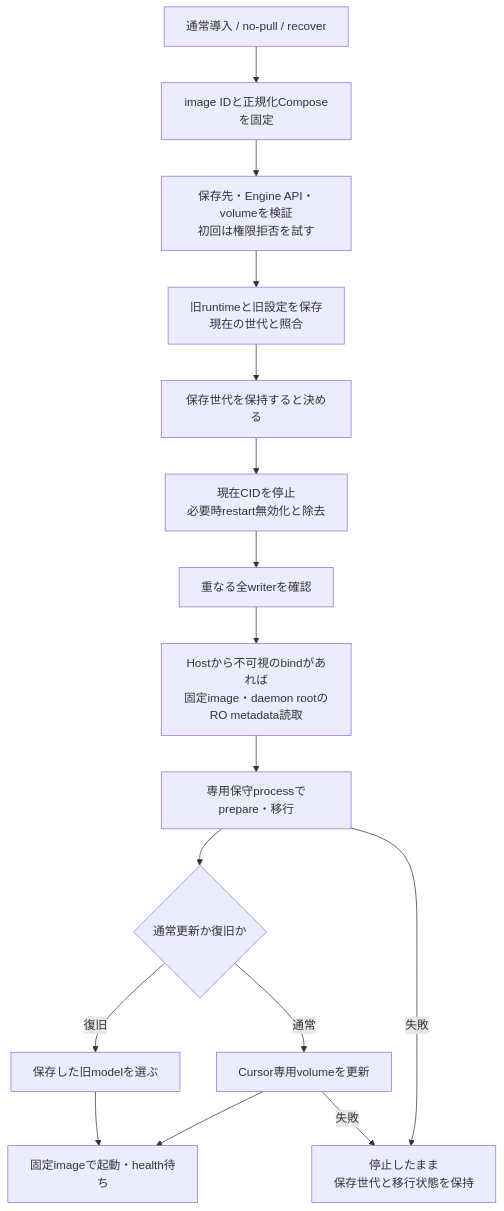
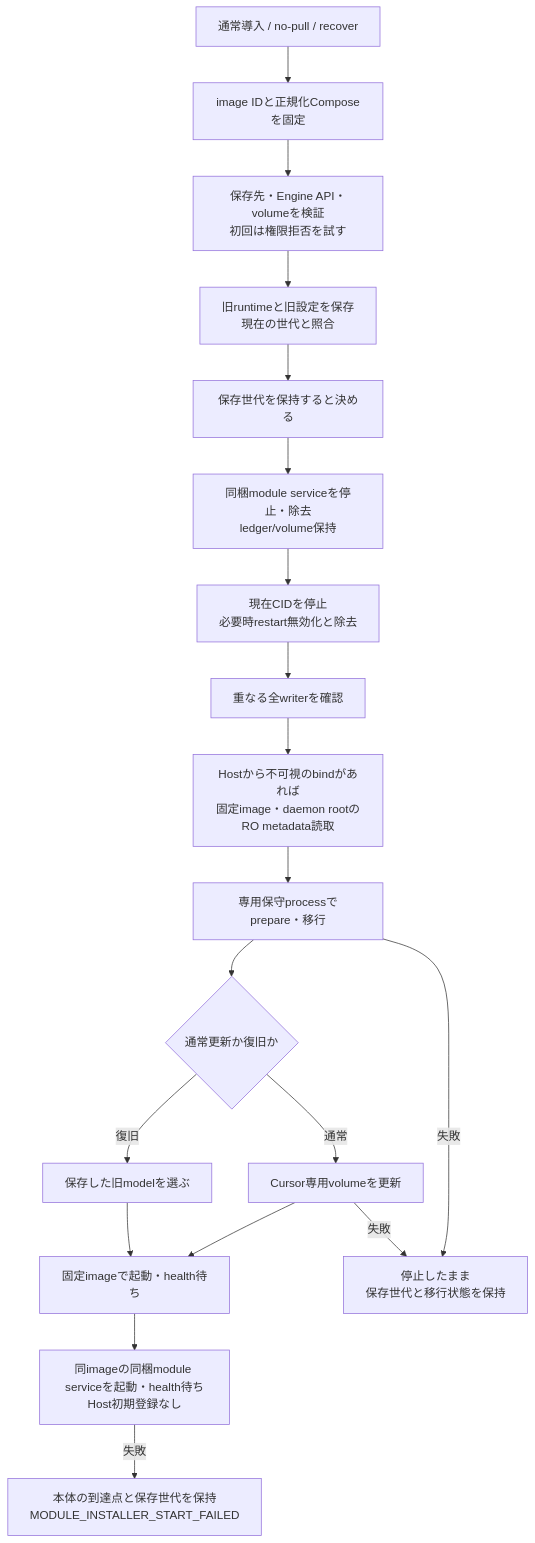
The first of 4 diagrams in docs/architecture/modules/runtime/recovery.md (kitepon/BellTeam), drawn with Mermaid before and after one commit. The commit also changed other lines of this file and 18 other files, not shown here.

Commit message:
Bundle module installation service with the public installer

````diff
--- a/docs/architecture/modules/runtime/recovery.md
+++ b/docs/architecture/modules/runtime/recovery.md
@@ -9,18 +9,21 @@
 ```mermaid
 flowchart TD
   Input["通常導入 / no-pull / recover"] --> Freeze["image IDと正規化Composeを固定"]
   Freeze --> Storage["保存先・Engine API・volumeを検証<br/>初回は権限拒否を試す"]
   Storage --> Previous["旧runtimeと旧設定を保存<br/>現在の世代と照合"]
   Previous --> Keep["保存世代を保持すると決める"]
-  Keep --> Stop["現在CIDを停止<br/>必要時restart無効化と除去"]
+  Keep --> BackendStop["同梱module serviceを停止・除去<br/>ledger/volume保持"]
+  BackendStop --> Stop["現在CIDを停止<br/>必要時restart無効化と除去"]
   Stop --> Writers["重なる全writerを確認"]
   Writers --> Paths["Hostから不可視のbindがあれば<br/>固定image・daemon rootのRO metadata読取"]
   Paths --> Maintain["専用保守processでprepare・移行"]
   Maintain --> Mode{"通常更新か復旧か"}
   Mode -->|"通常"| Cursor["Cursor専用volumeを更新"]
   Mode -->|"復旧"| Old["保存した旧modelを選ぶ"]
   Cursor --> Start["固定imageで起動・health待ち"]
   Old --> Start
+  Start --> Bundled["同imageの同梱module serviceを起動・health待ち<br/>Host初期登録なし"]
+  Bundled -->|"失敗"| ModuleHalt["本体の到達点と保存世代を保持<br/>MODULE_INSTALLER_START_FAILED"]
   Maintain -->|"失敗"| Halt["停止したまま<br/>保存世代と移行状態を保持"]
   Cursor -->|"失敗"| Halt
 ```
````
